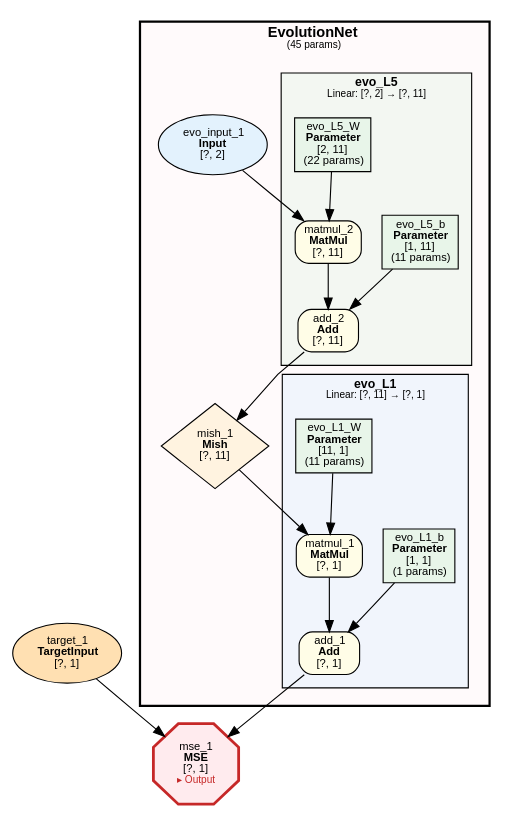
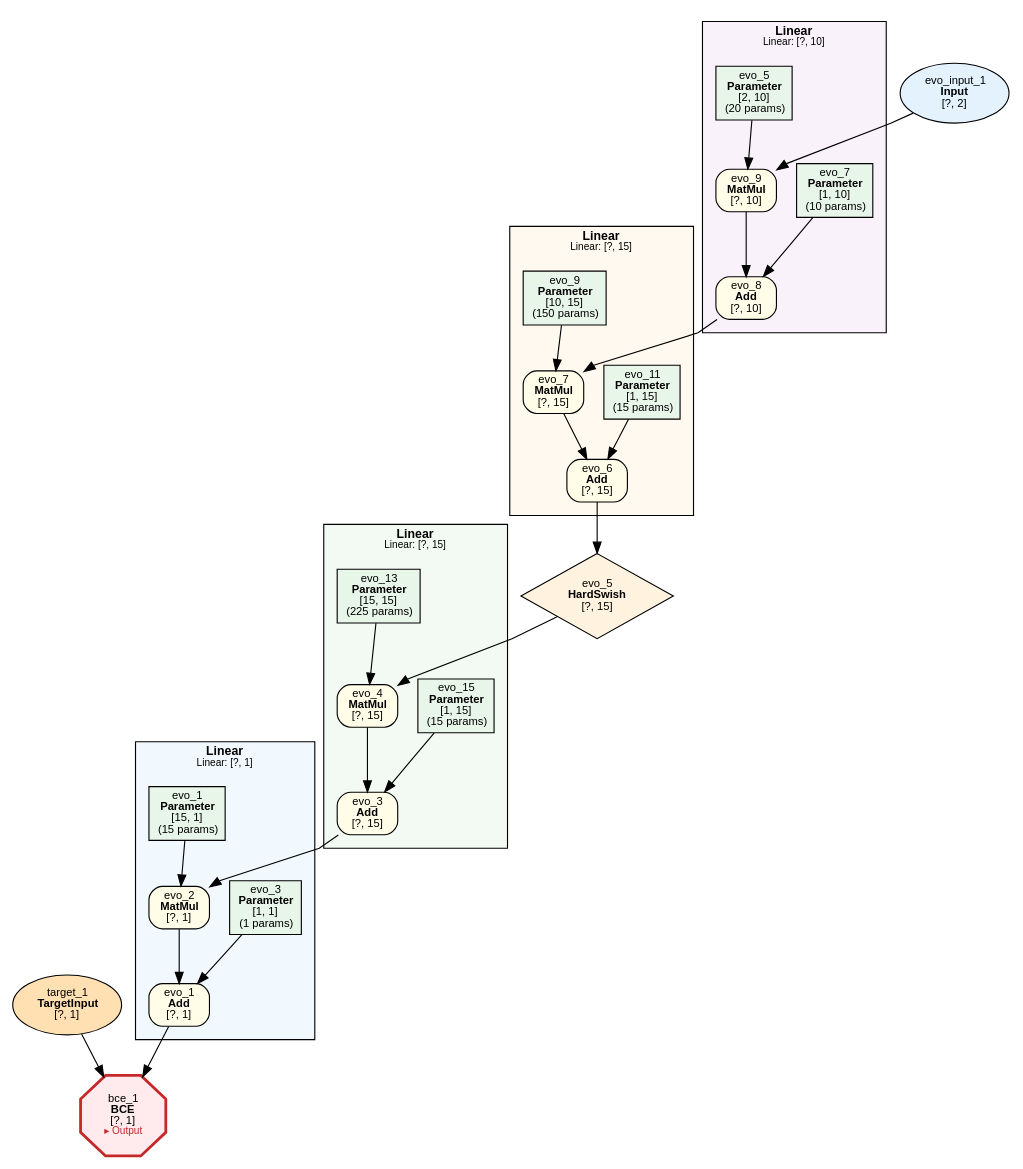
Before and after one commit to dbsxdbsx/only_torch: the diagram in examples/evolution/xor/evolution_xor.dot, drawn with Graphviz. The commit also changed 14 other files, not shown here.

```diff
--- a/examples/evolution/xor/evolution_xor.dot
+++ b/examples/evolution/xor/evolution_xor.dot
@@ -1,60 +1,84 @@
 digraph ComputeGraph {
     rankdir=TB;
     newrank=true;
     splines=polyline;
     node [fontname="Microsoft YaHei,SimHei,Arial"];
     edge [fontname="Microsoft YaHei,SimHei,Arial"];
 
-    subgraph cluster_model_EvolutionNet {
-        label=<<B>EvolutionNet</B><BR/><FONT POINT-SIZE="9">(45 params)</FONT>>;
-        style="filled,bold";
-        fillcolor="#FFEBEE40";
+    subgraph cluster_group_linear_0 {
+        label=<<B>Linear</B><BR/><FONT POINT-SIZE="9">Linear: [?, 1]</FONT>>;
+        style=filled;
+        fillcolor="#E3F2FD80";
         fontname="Microsoft YaHei,SimHei,Arial";
-        fontsize=13;
-        margin=16;
-
-        subgraph cluster_EvolutionNet_evo_L1 {
-            label=<<B>evo_L1</B><BR/><FONT POINT-SIZE="9">Linear: [?, 11] → [?, 1]</FONT>>;
-            style=filled;
-            fillcolor="#E3F2FD80";
-            fontname="Microsoft YaHei,SimHei,Arial";
-            fontsize=11;
-            margin=12;
-                "2" [label=<add_1<BR/><B>Add</B><BR/>[?, 1]> shape=box style="filled,rounded" fillcolor="#FFFDE7" fontsize=10];
-                "4" [label=<matmul_1<BR/><B>MatMul</B><BR/>[?, 1]> shape=box style="filled,rounded" fillcolor="#FFFDE7" fontsize=10];
-                "5" [label=<evo_L1_b<BR/><B>Parameter</B><BR/>[1, 1]<BR/>(1 params)> shape=box style=filled fillcolor="#E8F5E9" fontsize=10];
-                "7" [label=<evo_L1_W<BR/><B>Parameter</B><BR/>[11, 1]<BR/>(11 params)> shape=box style=filled fillcolor="#E8F5E9" fontsize=10];
-        }
-
-        subgraph cluster_EvolutionNet_evo_L5 {
-            label=<<B>evo_L5</B><BR/><FONT POINT-SIZE="9">Linear: [?, 2] → [?, 11]</FONT>>;
-            style=filled;
-            fillcolor="#E8F5E980";
-            fontname="Microsoft YaHei,SimHei,Arial";
-            fontsize=11;
-            margin=12;
-                "8" [label=<add_2<BR/><B>Add</B><BR/>[?, 11]> shape=box style="filled,rounded" fillcolor="#FFFDE7" fontsize=10];
-                "9" [label=<matmul_2<BR/><B>MatMul</B><BR/>[?, 11]> shape=box style="filled,rounded" fillcolor="#FFFDE7" fontsize=10];
-                "10" [label=<evo_L5_b<BR/><B>Parameter</B><BR/>[1, 11]<BR/>(11 params)> shape=box style=filled fillcolor="#E8F5E9" fontsize=10];
-                "12" [label=<evo_L5_W<BR/><B>Parameter</B><BR/>[2, 11]<BR/>(22 params)> shape=box style=filled fillcolor="#E8F5E9" fontsize=10];
-        }
-
-        "6" [label=<mish_1<BR/><B>Mish</B><BR/>[?, 11]> shape=diamond style=filled fillcolor="#FFF3E0" fontsize=10];
-        "11" [label=<evo_input_1<BR/><B>Input</B><BR/>[?, 2]> shape=ellipse style=filled fillcolor="#E3F2FD" fontsize=10];
+        fontsize=11;
+        margin=12;
+            "2" [label=<evo_1<BR/><B>Add</B><BR/>[?, 1]> shape=box style="filled,rounded" fillcolor="#FFFDE7" fontsize=10];
+            "4" [label=<evo_2<BR/><B>MatMul</B><BR/>[?, 1]> shape=box style="filled,rounded" fillcolor="#FFFDE7" fontsize=10];
+            "5" [label=<evo_3<BR/><B>Parameter</B><BR/>[1, 1]<BR/>(1 params)> shape=box style=filled fillcolor="#E8F5E9" fontsize=10];
+            "7" [label=<evo_1<BR/><B>Parameter</B><BR/>[15, 1]<BR/>(15 params)> shape=box style=filled fillcolor="#E8F5E9" fontsize=10];
     }
 
-    "1" [label=<mse_1<BR/><B>MSE</B><BR/>[?, 1]<BR/><FONT COLOR="#C62828" POINT-SIZE="9">▸ Output</FONT>> shape=octagon style=filled fillcolor="#FFEBEE" fontsize=10 penwidth=2.5 color="#C62828"];
+    subgraph cluster_group_linear_3 {
+        label=<<B>Linear</B><BR/><FONT POINT-SIZE="9">Linear: [?, 15]</FONT>>;
+        style=filled;
+        fillcolor="#E8F5E980";
+        fontname="Microsoft YaHei,SimHei,Arial";
+        fontsize=11;
+        margin=12;
+            "6" [label=<evo_3<BR/><B>Add</B><BR/>[?, 15]> shape=box style="filled,rounded" fillcolor="#FFFDE7" fontsize=10];
+            "8" [label=<evo_4<BR/><B>MatMul</B><BR/>[?, 15]> shape=box style="filled,rounded" fillcolor="#FFFDE7" fontsize=10];
+            "9" [label=<evo_15<BR/><B>Parameter</B><BR/>[1, 15]<BR/>(15 params)> shape=box style=filled fillcolor="#E8F5E9" fontsize=10];
+            "11" [label=<evo_13<BR/><B>Parameter</B><BR/>[15, 15]<BR/>(225 params)> shape=box style=filled fillcolor="#E8F5E9" fontsize=10];
+    }
+
+    subgraph cluster_group_linear_2 {
+        label=<<B>Linear</B><BR/><FONT POINT-SIZE="9">Linear: [?, 15]</FONT>>;
+        style=filled;
+        fillcolor="#FFF3E080";
+        fontname="Microsoft YaHei,SimHei,Arial";
+        fontsize=11;
+        margin=12;
+            "12" [label=<evo_6<BR/><B>Add</B><BR/>[?, 15]> shape=box style="filled,rounded" fillcolor="#FFFDE7" fontsize=10];
+            "13" [label=<evo_7<BR/><B>MatMul</B><BR/>[?, 15]> shape=box style="filled,rounded" fillcolor="#FFFDE7" fontsize=10];
+            "14" [label=<evo_11<BR/><B>Parameter</B><BR/>[1, 15]<BR/>(15 params)> shape=box style=filled fillcolor="#E8F5E9" fontsize=10];
+            "16" [label=<evo_9<BR/><B>Parameter</B><BR/>[10, 15]<BR/>(150 params)> shape=box style=filled fillcolor="#E8F5E9" fontsize=10];
+    }
+
+    subgraph cluster_group_linear_1 {
+        label=<<B>Linear</B><BR/><FONT POINT-SIZE="9">Linear: [?, 10]</FONT>>;
+        style=filled;
+        fillcolor="#F3E5F580";
+        fontname="Microsoft YaHei,SimHei,Arial";
+        fontsize=11;
+        margin=12;
+            "15" [label=<evo_8<BR/><B>Add</B><BR/>[?, 10]> shape=box style="filled,rounded" fillcolor="#FFFDE7" fontsize=10];
+            "17" [label=<evo_9<BR/><B>MatMul</B><BR/>[?, 10]> shape=box style="filled,rounded" fillcolor="#FFFDE7" fontsize=10];
+            "18" [label=<evo_7<BR/><B>Parameter</B><BR/>[1, 10]<BR/>(10 params)> shape=box style=filled fillcolor="#E8F5E9" fontsize=10];
+            "20" [label=<evo_5<BR/><B>Parameter</B><BR/>[2, 10]<BR/>(20 params)> shape=box style=filled fillcolor="#E8F5E9" fontsize=10];
+    }
+
+    "1" [label=<bce_1<BR/><B>BCE</B><BR/>[?, 1]<BR/><FONT COLOR="#C62828" POINT-SIZE="9">▸ Output</FONT>> shape=octagon style=filled fillcolor="#FFEBEE" fontsize=10 penwidth=2.5 color="#C62828"];
     "3" [label=<target_1<BR/><B>TargetInput</B><BR/>[?, 1]> shape=ellipse style=filled fillcolor="#FFE0B2" fontsize=10];
+    "10" [label=<evo_5<BR/><B>HardSwish</B><BR/>[?, 15]> shape=diamond style=filled fillcolor="#FFF3E0" fontsize=10];
+    "19" [label=<evo_input_1<BR/><B>Input</B><BR/>[?, 2]> shape=ellipse style=filled fillcolor="#E3F2FD" fontsize=10];
 
     "2" -> "1";
     "3" -> "1";
     "4" -> "2";
     "5" -> "2";
     "6" -> "4";
     "7" -> "4";
     "8" -> "6";
-    "9" -> "8";
+    "9" -> "6";
     "10" -> "8";
-    "11" -> "9";
-    "12" -> "9";
+    "11" -> "8";
+    "12" -> "10";
+    "13" -> "12";
+    "14" -> "12";
+    "15" -> "13";
+    "16" -> "13";
+    "17" -> "15";
+    "18" -> "15";
+    "19" -> "17";
+    "20" -> "17";
 }
```
